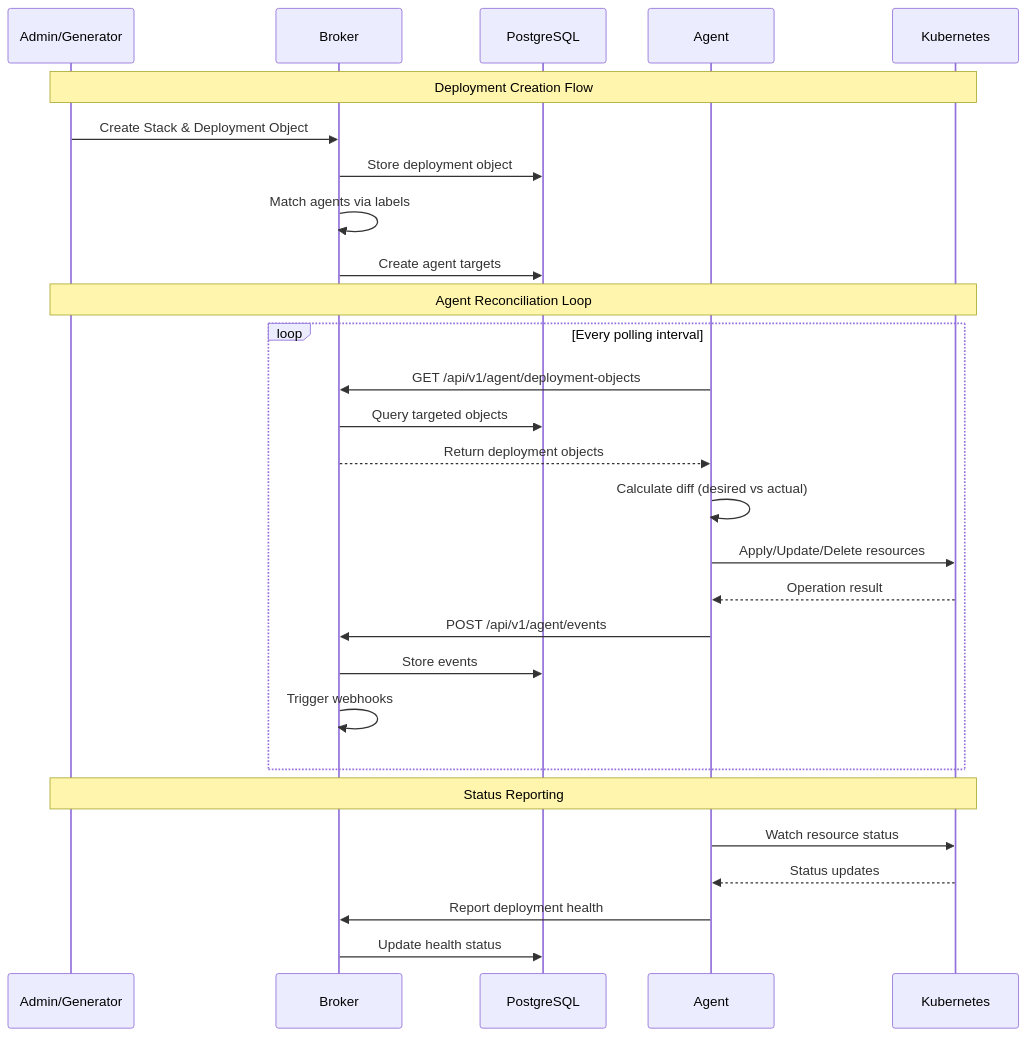
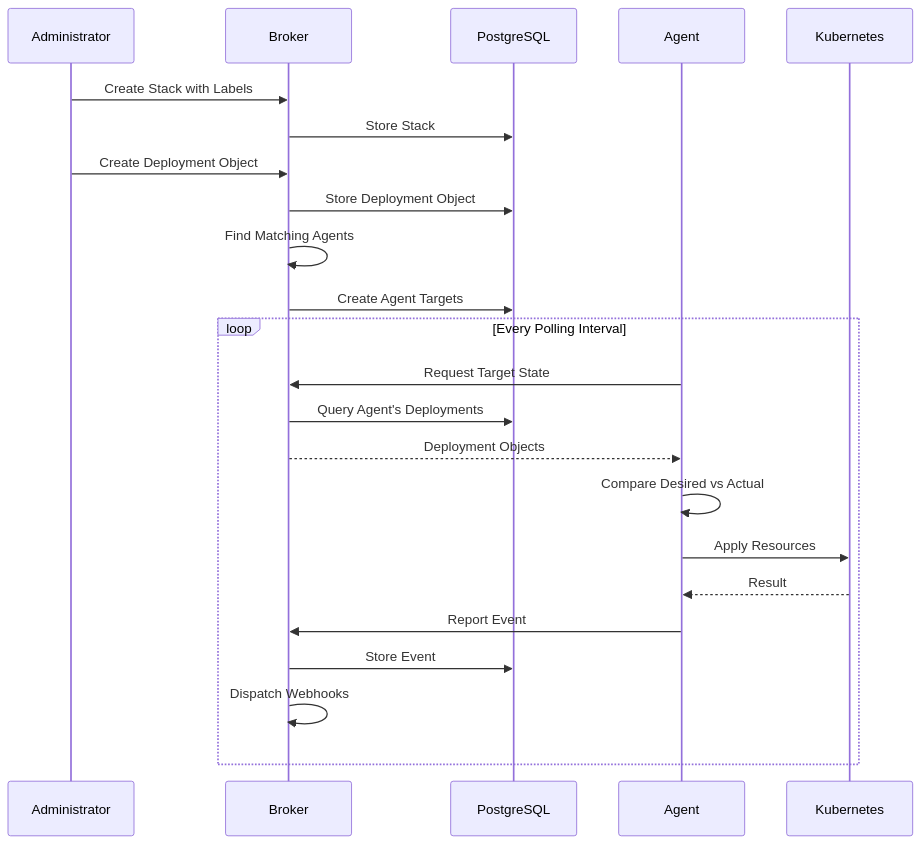
The third of 4 diagrams in docs/content/explanation/architecture.md (colliery-io/brokkr), drawn with Mermaid before and after one commit. The commit also changed other lines of this file and 28 other files, not shown here.

```diff
--- a/docs/content/explanation/architecture.md
+++ b/docs/content/explanation/architecture.md
@@ -176,33 +222,27 @@
 {{< mermaid >}}
 sequenceDiagram
-    participant Admin as Admin/Generator
+    participant Admin as Administrator
     participant Broker as Broker
     participant DB as PostgreSQL
     participant Agent as Agent
     participant K8s as Kubernetes
 
-    Note over Admin,K8s: Deployment Creation Flow
-    Admin->>Broker: Create Stack & Deployment Object
-    Broker->>DB: Store deployment object
-    Broker->>Broker: Match agents via labels
-    Broker->>DB: Create agent targets
+    Admin->>Broker: Create Stack with Labels
+    Broker->>DB: Store Stack
+    Admin->>Broker: Create Deployment Object
+    Broker->>DB: Store Deployment Object
+    Broker->>Broker: Find Matching Agents
+    Broker->>DB: Create Agent Targets
 
-    Note over Admin,K8s: Agent Reconciliation Loop
-    loop Every polling interval
-        Agent->>Broker: GET /api/v1/agent/deployment-objects
-        Broker->>DB: Query targeted objects
-        Broker-->>Agent: Return deployment objects
-        Agent->>Agent: Calculate diff (desired vs actual)
-        Agent->>K8s: Apply/Update/Delete resources
-        K8s-->>Agent: Operation result
-        Agent->>Broker: POST /api/v1/agent/events
-        Broker->>DB: Store events
-        Broker->>Broker: Trigger webhooks
+    loop Every Polling Interval
+        Agent->>Broker: Request Target State
+        Broker->>DB: Query Agent's Deployments
+        Broker-->>Agent: Deployment Objects
+        Agent->>Agent: Compare Desired vs Actual
+        Agent->>K8s: Apply Resources
+        K8s-->>Agent: Result
+        Agent->>Broker: Report Event
+        Broker->>DB: Store Event
+        Broker->>Broker: Dispatch Webhooks
     end
-
-    Note over Admin,K8s: Status Reporting
-    Agent->>K8s: Watch resource status
-    K8s-->>Agent: Status updates
-    Agent->>Broker: Report deployment health
-    Broker->>DB: Update health status
 {{< /mermaid >}}
```
